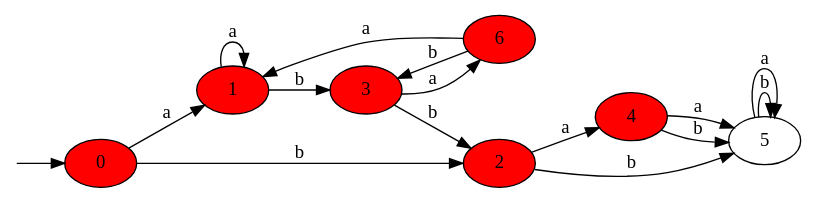
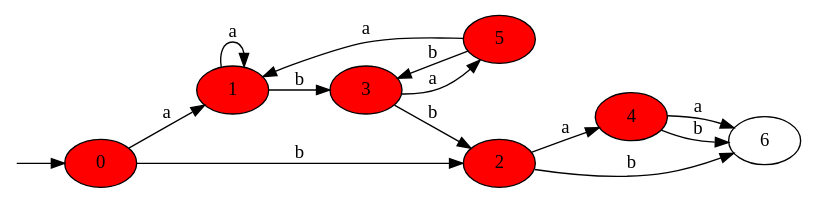
One commit to Nerfiti/MIPT_FORMAL_AUTOMATON_ALGORITHMS changed the diagram in graph/automaton_1.dot. Above: the diagram before and after it, drawn with Graphviz. The commit also changed 15 other files, not shown here.

```diff
--- a/graph/automaton_1.dot
+++ b/graph/automaton_1.dot
@@ -1,26 +1,25 @@
 digraph {
 rankdir=LR
 fictitious [shape=point, label="", width=0, height=0]
 
 fictitious -> 0
 0 [fillcolor=red, style=filled]
 1 [fillcolor=red, style=filled]
 2 [fillcolor=red, style=filled]
 3 [fillcolor=red, style=filled]
 4 [fillcolor=red, style=filled]
-6 [fillcolor=red, style=filled]
+5 [fillcolor=red, style=filled]
+6
 0 -> 2 [label=b]
-2 -> 5 [label=b]
-5 -> 5 [label=b]
-5 -> 5 [label=a]
+2 -> 6 [label=b]
 2 -> 4 [label=a]
-4 -> 5 [label=b]
-4 -> 5 [label=a]
+4 -> 6 [label=b]
+4 -> 6 [label=a]
 0 -> 1 [label=a]
 1 -> 3 [label=b]
 3 -> 2 [label=b]
-3 -> 6 [label=a]
-6 -> 3 [label=b]
-6 -> 1 [label=a]
+3 -> 5 [label=a]
+5 -> 3 [label=b]
+5 -> 1 [label=a]
 1 -> 1 [label=a]
 }
```
